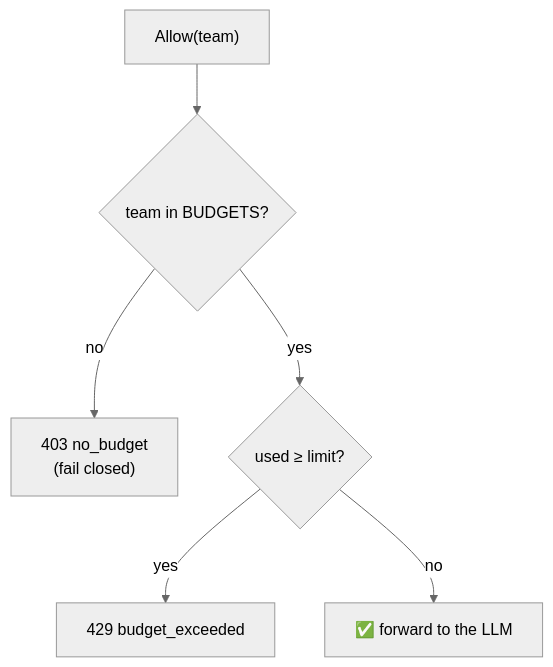
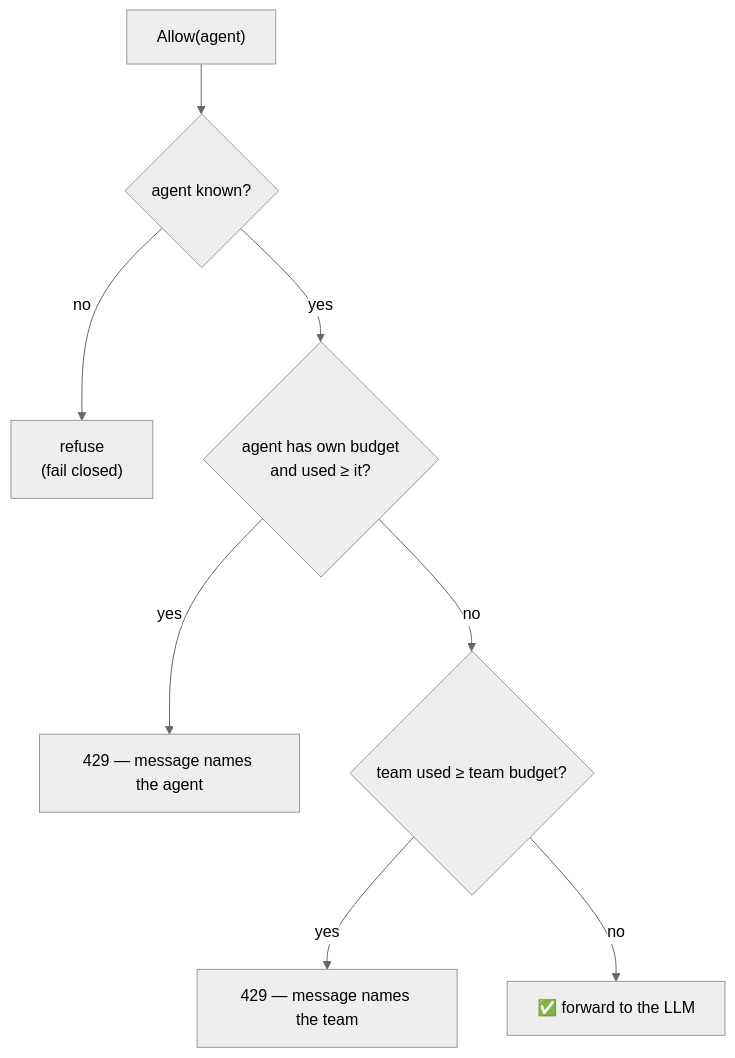
Before and after one commit to chikolavosaki-sys/agent-budget: the third of 6 diagrams in docs/ARCHITECTURE.md, drawn with Mermaid (neutral theme). The commit also changed other lines of this file and 6 other files, not shown here.

Commit message:
docs: document virtual keys and agent budgets; record D-007, add IDEA-3 and IDEA-4

````diff
--- a/docs/ARCHITECTURE.md
+++ b/docs/ARCHITECTURE.md
@@ -63,8 +87,10 @@
 ```mermaid
 flowchart TD
-    Q["Allow(team)"] --> K{"team in BUDGETS?"}
-    K -- no --> F["403 no_budget<br/>(fail closed)"]
-    K -- yes --> U{"used ≥ limit?"}
-    U -- yes --> T["429 budget_exceeded"]
-    U -- no --> G["✅ forward to the LLM"]
+    Q["Allow(agent)"] --> K{"agent known?"}
+    K -- no --> F["refuse<br/>(fail closed)"]
+    K -- yes --> A{"agent has own budget<br/>and used ≥ it?"}
+    A -- yes --> T1["429 — message names the agent"]
+    A -- no --> T{"team used ≥ team budget?"}
+    T -- yes --> T2["429 — message names the team"]
+    T -- no --> G["✅ forward to the LLM"]
 ```
````
